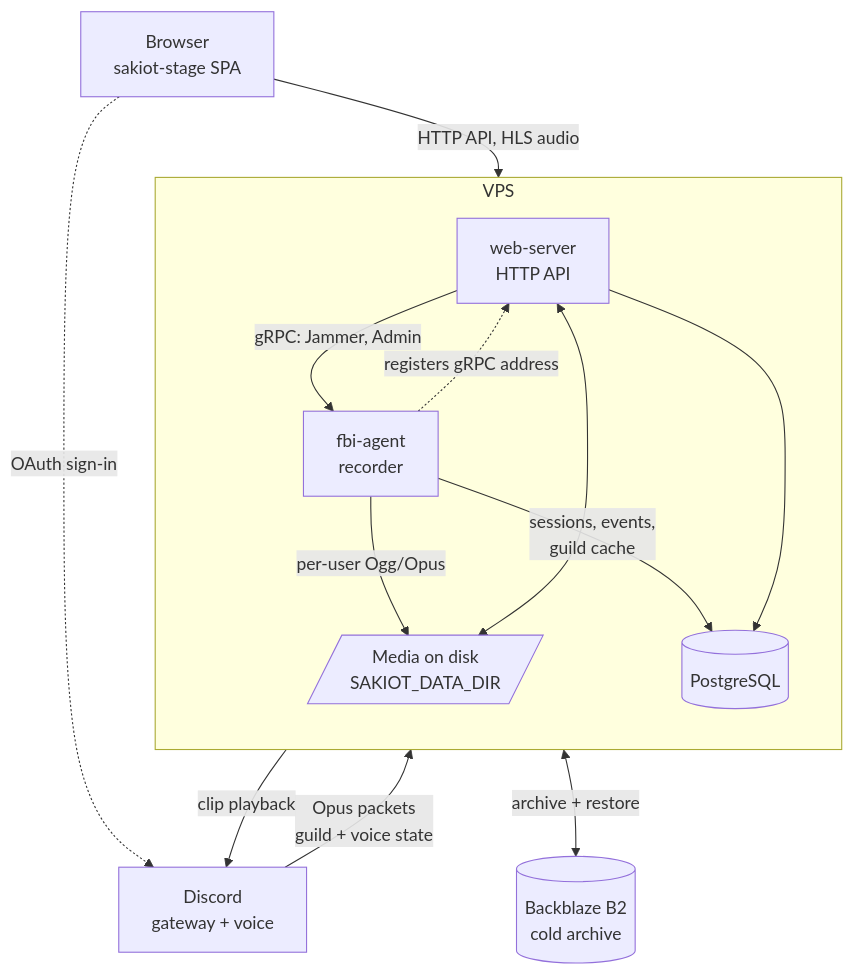
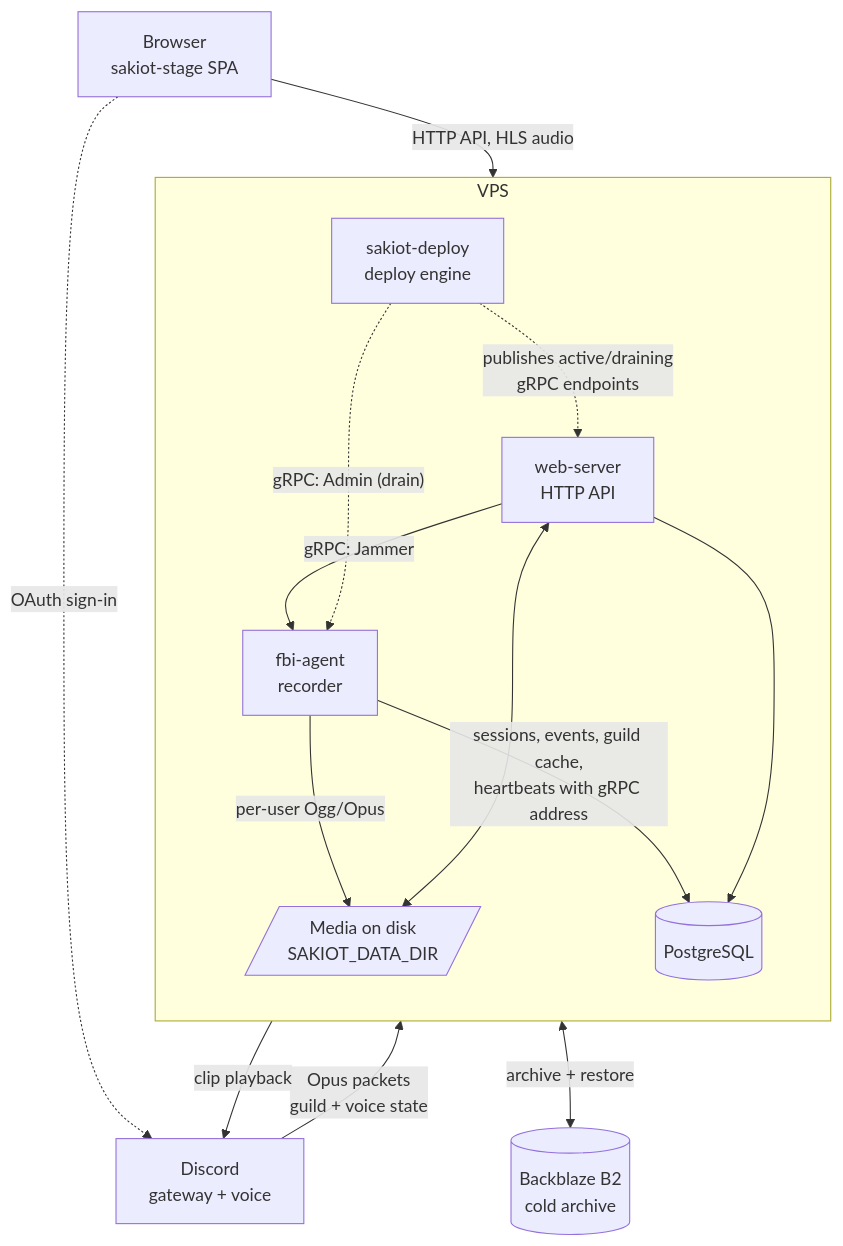
Before and after one commit to obliwetator/sakiot-monorepo: the diagram in docs/architecture.md, drawn with Mermaid. The commit also changed other lines of this file, not shown here.

First line of the commit message:
docs(architecture): describe agent routing and the error contract

````diff
--- a/docs/architecture.md
+++ b/docs/architecture.md
@@ -25,30 +25,32 @@
 ```mermaid
 flowchart TB
     browser[Browser<br/>sakiot-stage SPA]
     discord[Discord<br/>gateway + voice]
 
     subgraph vps [VPS]
         direction TB
         web[web-server<br/>HTTP API]
         agent[fbi-agent<br/>recorder]
+        deploy[sakiot-deploy<br/>deploy engine]
         db[(PostgreSQL)]
         disk[/Media on disk<br/>SAKIOT_DATA_DIR/]
     end
 
     b2[(Backblaze B2<br/>cold archive)]
 
     browser -- "HTTP API, HLS audio" --> web
     browser -. "OAuth sign-in" .-> discord
 
     discord -- "Opus packets<br/>guild + voice state" --> agent
     agent -- "clip playback" --> discord
 
     agent -- "per-user Ogg/Opus" --> disk
-    agent -- "sessions, events,<br/>guild cache" --> db
-    agent -. "registers gRPC address" .-> web
-    web -- "gRPC: Jammer, Admin" --> agent
+    agent -- "sessions, events, guild cache,<br/>heartbeats with gRPC address" --> db
+    web -- "gRPC: Jammer" --> agent
+    deploy -. "gRPC: Admin (drain)" .-> agent
+    deploy -. "publishes active/draining<br/>gRPC endpoints" .-> web
 
     web --> db
     web <--> disk
     web <-- "archive + restore" --> b2
 ```
````
